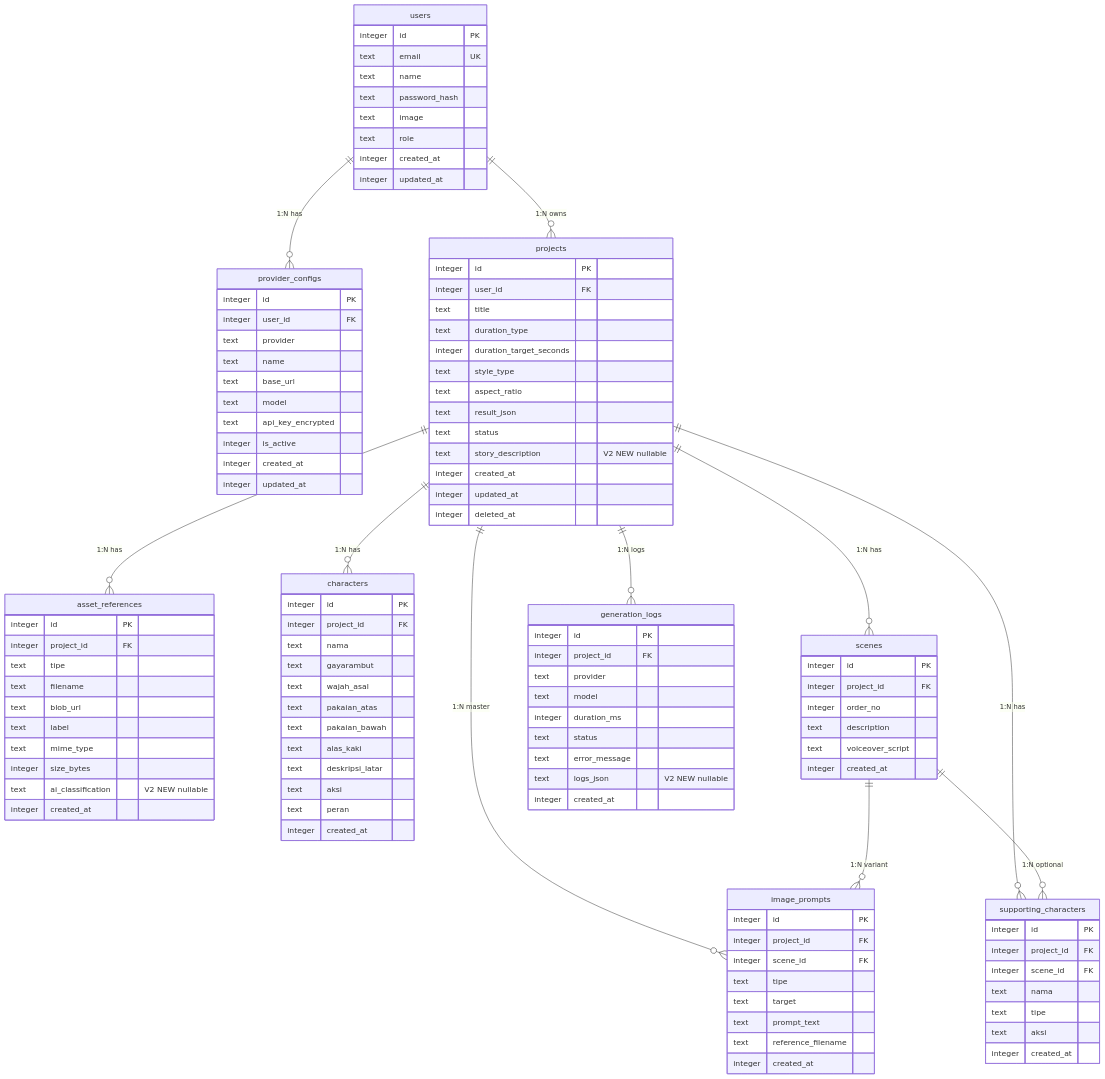
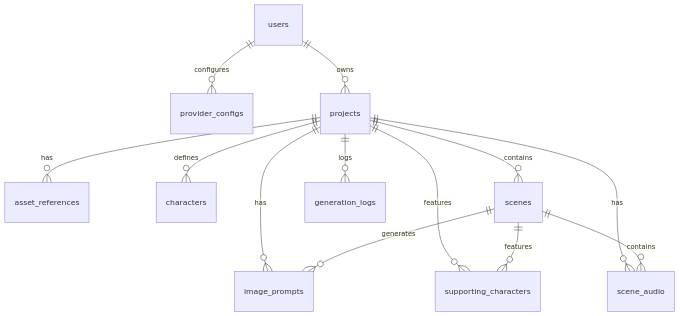
One commit to agrianwahab29/agrinode-promptflow changed the diagram in product-docs/DATABASE_SCHEMA.md. Above: the diagram before and after it, drawn with Mermaid. The commit also changed other lines of this file and 14 other files, not shown here.

First line of the commit message:
docs(product-docs): update V3 — light theme, scene transitions, complex prompts, voice type, audio spec

````diff
--- a/product-docs/DATABASE_SCHEMA.md
+++ b/product-docs/DATABASE_SCHEMA.md
@@ -105,123 +66,15 @@
 ```mermaid
 erDiagram
-    users ||--o{ provider_configs : "1:N has"
-    users ||--o{ projects : "1:N owns"
-    projects ||--o{ asset_references : "1:N has"
-    projects ||--o{ characters : "1:N has"
-    projects ||--o{ scenes : "1:N has"
-    projects ||--o{ image_prompts : "1:N master"
-    projects ||--o{ generation_logs : "1:N logs"
-    projects ||--o{ supporting_characters : "1:N has"
-    scenes ||--o{ image_prompts : "1:N variant"
-    scenes ||--o{ supporting_characters : "1:N optional"
-
-    users {
-        integer id PK
-        text email UK
-        text name
-        text password_hash
-        text image
-        text role
-        integer created_at
-        integer updated_at
-    }
-
-    provider_configs {
-        integer id PK
-        integer user_id FK
-        text provider
-        text name
-        text base_url
-        text model
-        text api_key_encrypted
-        integer is_active
-        integer created_at
-        integer updated_at
-    }
-
-    projects {
-        integer id PK
-        integer user_id FK
-        text title
-        text duration_type
-        integer duration_target_seconds
-        text style_type
-        text aspect_ratio
-        text result_json
-        text status
-        text story_description "V2 NEW nullable"
-        integer created_at
-        integer updated_at
-        integer deleted_at
-    }
-
-    asset_references {
-        integer id PK
-        integer project_id FK
-        text tipe
-        text filename
-        text blob_url
-        text label
-        text mime_type
-        integer size_bytes
-        text ai_classification "V2 NEW nullable"
-        integer created_at
-    }
-
-    characters {
-        integer id PK
-        integer project_id FK
-        text nama
-        text gayarambut
-        text wajah_asal
-        text pakaian_atas
-        text pakaian_bawah
-        text alas_kaki
-        text deskripsi_latar
-        text aksi
-        text peran
-        integer created_at
-    }
-
-    scenes {
-        integer id PK
-        integer project_id FK
-        integer order_no
-        text description
-        text voiceover_script
-        integer created_at
-    }
-
-    image_prompts {
-        integer id PK
-        integer project_id FK
-        integer scene_id FK
-        text tipe
-        text target
-        text prompt_text
-        text reference_filename
-        integer created_at
-    }
-
-    generation_logs {
-        integer id PK
-        integer project_id FK
-        text provider
-        text model
-        integer duration_ms
-        text status
-        text error_message
-        text logs_json "V2 NEW nullable"
-        integer created_at
-    }
-
-    supporting_characters {
-        integer id PK
-        integer project_id FK
-        integer scene_id FK
-        text nama
-        text tipe
-        text aksi
-        integer created_at
-    }
+    users ||--o{ provider_configs : configures
+    users ||--o{ projects : owns
+    projects ||--o{ asset_references : has
+    projects ||--o{ characters : defines
+    projects ||--o{ scenes : contains
+    projects ||--o{ image_prompts : has
+    projects ||--o{ generation_logs : logs
+    projects ||--o{ supporting_characters : features
+    projects ||--o{ scene_audio : has
+    scenes ||--o{ image_prompts : generates
+    scenes ||--o{ supporting_characters : features
+    scenes ||--o{ scene_audio : contains
 ```
````
